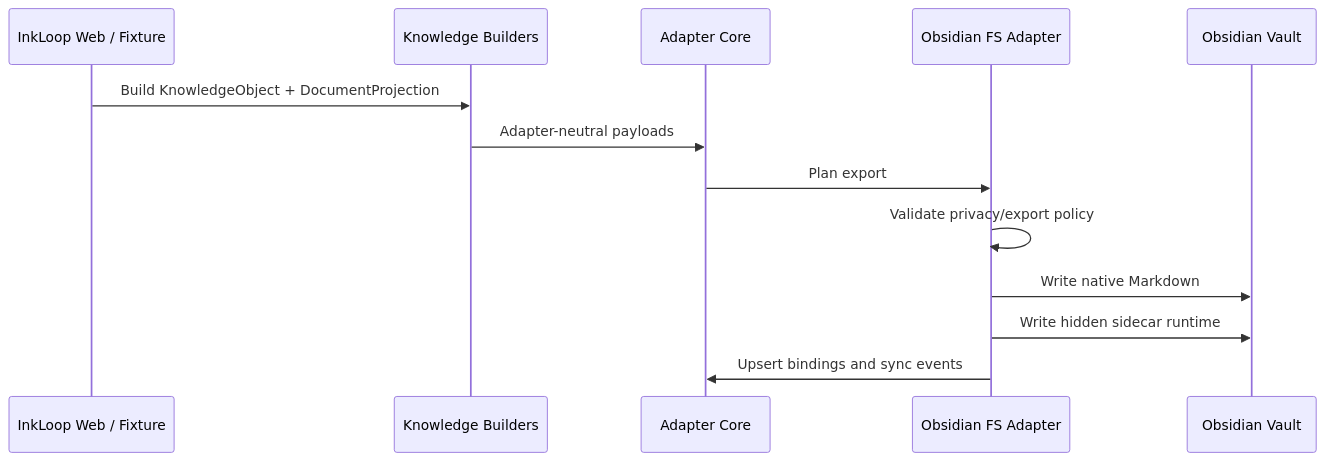
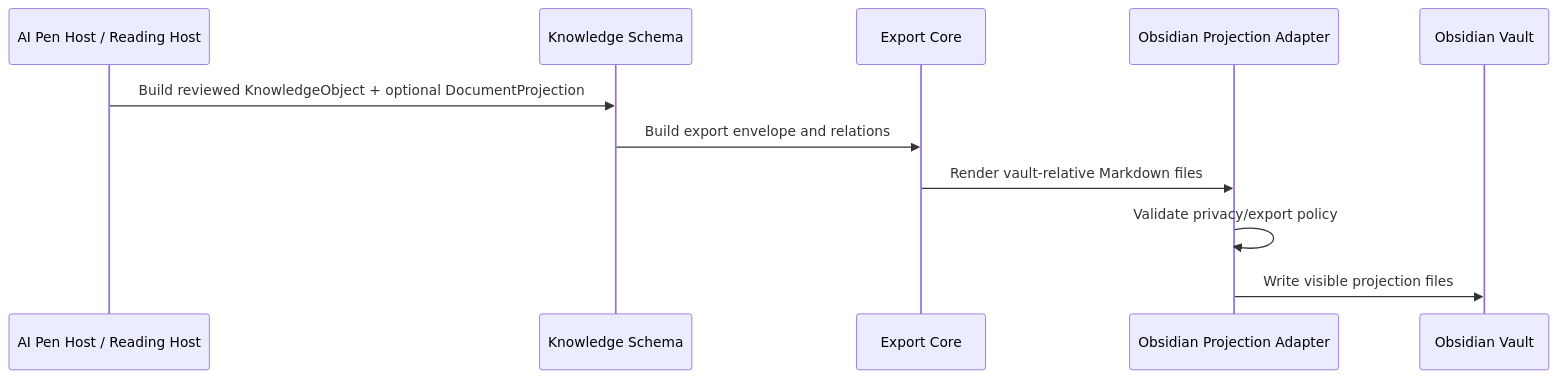
The third of 6 diagrams in docs/architecture.md (NoDeskAI/ink-surface-sdk), drawn with Mermaid before and after one commit. The commit also changed other lines of this file and 547 other files, not shown here.

First line of the commit message:
feat: land InkLoop V1 runtime sync loop

````diff
--- a/docs/architecture.md
+++ b/docs/architecture.md
@@ -365,16 +458,14 @@
 ```mermaid
 sequenceDiagram
-  participant Web as InkLoop Web / Fixture
-  participant KB as Knowledge Builders
-  participant Core as Adapter Core
-  participant Obs as Obsidian FS Adapter
+  participant Web as AI Pen Host / Reading Host
+  participant KB as Knowledge Schema
+  participant Export as Export Core
+  participant Obs as Obsidian Projection Adapter
   participant Vault as Obsidian Vault
 
-  Web->>KB: Build KnowledgeObject + DocumentProjection
-  KB->>Core: Adapter-neutral payloads
-  Core->>Obs: Plan export
+  Web->>KB: Build reviewed KnowledgeObject + optional DocumentProjection
+  KB->>Export: Build export envelope and relations
+  Export->>Obs: Render vault-relative Markdown files
   Obs->>Obs: Validate privacy/export policy
-  Obs->>Vault: Write native Markdown
-  Obs->>Vault: Write hidden sidecar runtime
-  Obs->>Core: Upsert bindings and sync events
+  Obs->>Vault: Write visible projection files
 ```
````
